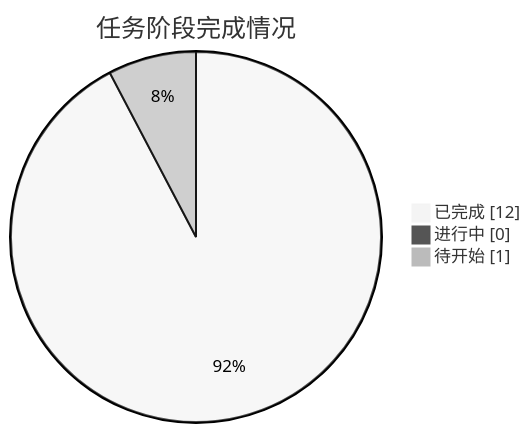
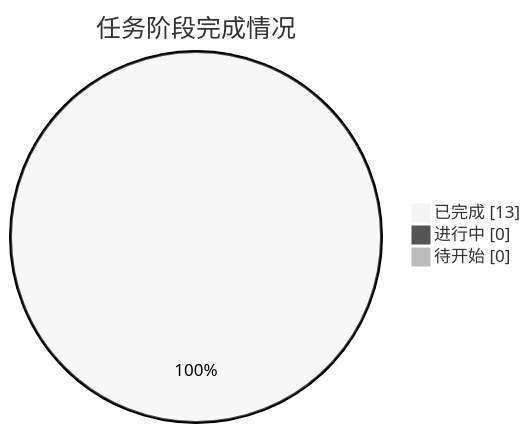
One commit to J-met77/AAW-mathorcup-2025-B-1 changed the diagram in README.md. Above: the diagram before and after it, drawn with Mermaid (neutral theme). The commit also changed other lines of this file and 4 other files, not shown here.

````diff
--- a/README.md
+++ b/README.md
@@ -27,7 +27,7 @@
 ```mermaid
 pie showData
     title 任务阶段完成情况
-    "已完成" : 12
+    "已完成" : 13
     "进行中" : 0
-    "待开始" : 1
+    "待开始" : 0
 ```
````
